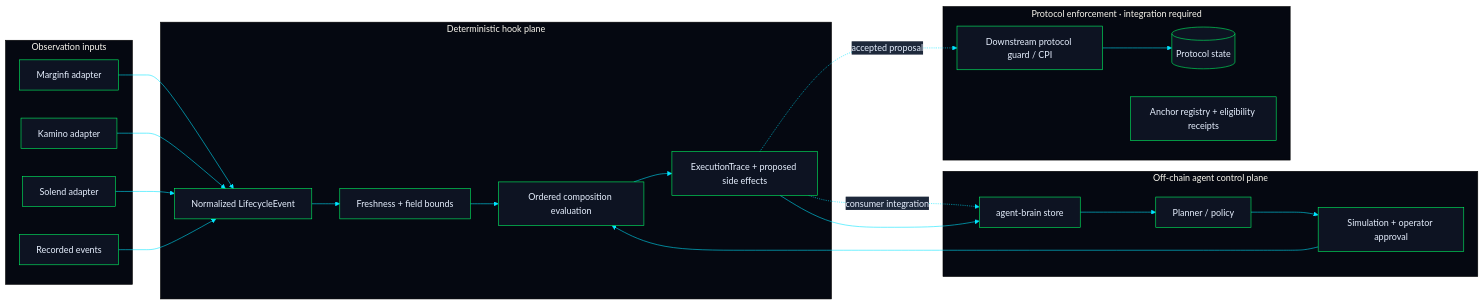
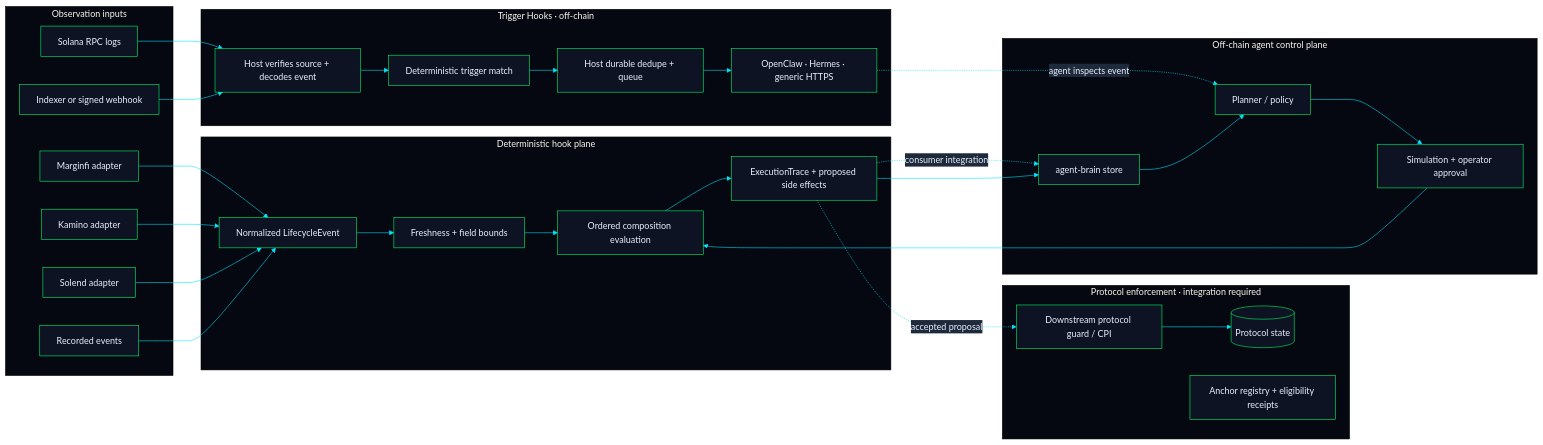
One commit to lewodro/agent-hooks changed the diagram in docs/architecture.md. Above: the diagram before and after it, drawn with Mermaid. The commit also changed other lines of this file, not shown here.

Commit message:
docs: diagram trigger delivery and trust boundaries

````diff
--- a/docs/architecture.md
+++ b/docs/architecture.md
@@ -5,38 +5,48 @@
 ```mermaid
 %%{init: { "theme": "base", "themeVariables": {
   "primaryColor": "#0D1322",
   "primaryTextColor": "#E7F0FF",
   "primaryBorderColor": "#00FF66",
   "lineColor": "#00E5FF",
   "secondaryColor": "#1E293B",
   "tertiaryColor": "#050811",
   "fontFamily": "Space Mono, monospace"
 }} }%%
 flowchart LR
   subgraph inputs [Observation inputs]
     M[Marginfi adapter]
     K[Kamino adapter]
     S[Solend adapter]
     HIST[Recorded events]
+    RPC[Solana RPC logs]
+    IDX[Indexer or signed webhook]
+  end
+  subgraph triggers [Trigger Hooks · off-chain]
+    VERIFY[Host verifies source + decodes event]
+    MATCH[Deterministic trigger match]
+    DEDUPE[Host durable dedupe + queue]
+    WAKE[OpenClaw · Hermes · generic HTTPS]
   end
   subgraph deterministic [Deterministic hook plane]
     N[Normalized LifecycleEvent]
     V[Freshness + field bounds]
     C[Ordered composition evaluation]
     T[ExecutionTrace + proposed side effects]
   end
   subgraph enforcement [Protocol enforcement · integration required]
     P[Downstream protocol guard / CPI]
     STATE[(Protocol state)]
     REG[Anchor registry + eligibility receipts]
   end
   subgraph learning [Off-chain agent control plane]
     B[agent-brain store]
     PL[Planner / policy]
     REVIEW[Simulation + operator approval]
   end
+  RPC & IDX --> VERIFY --> MATCH --> DEDUPE --> WAKE
+  WAKE -. agent inspects event .-> PL
   M & K & S & HIST --> N --> V --> C --> T
   T -. accepted proposal .-> P --> STATE
   T -. consumer integration .-> B
   T --> B --> PL --> REVIEW --> C
 ```
````
